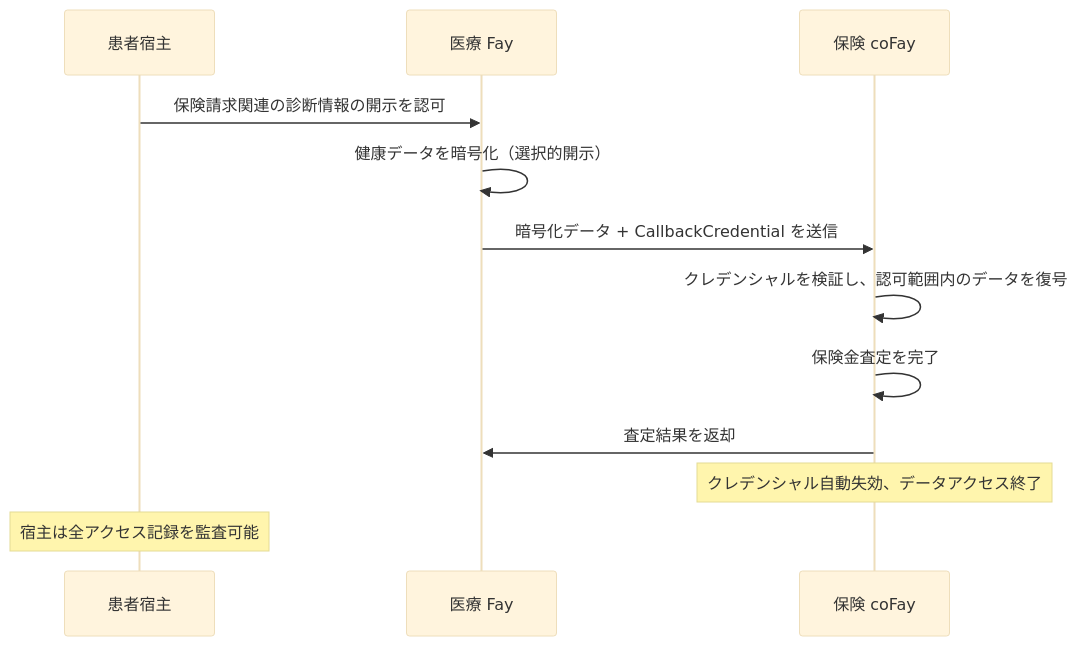
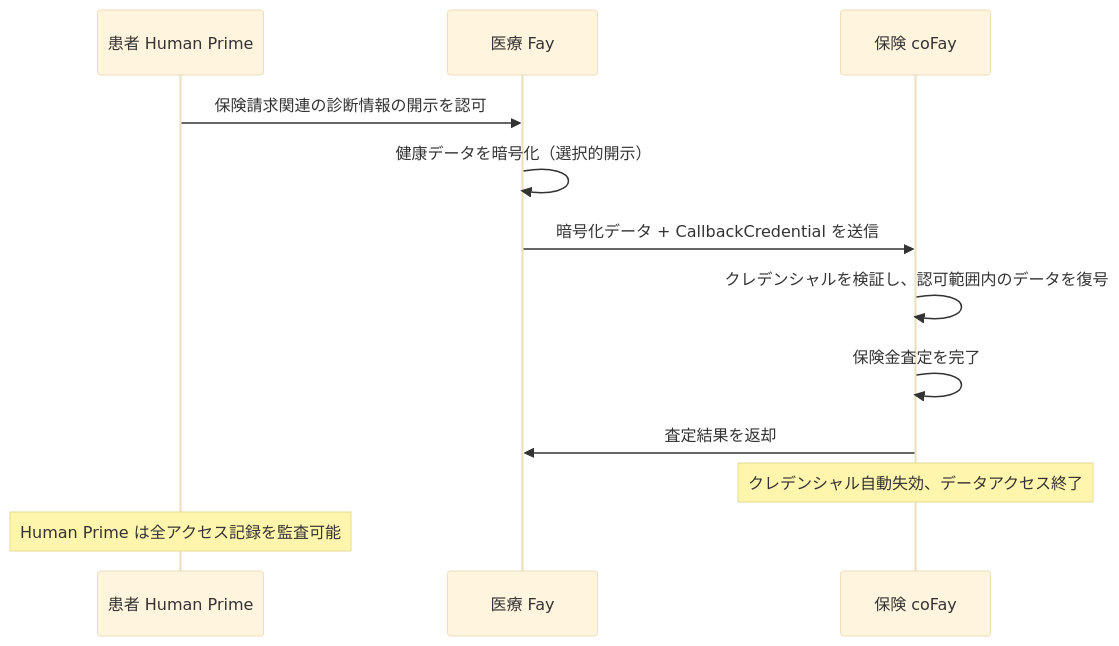
The first of 5 diagrams in docs/ja/blueprint/4-応用シナリオ.md (ChainModePilot/Telepathy-Protocol), drawn with Mermaid (base theme) before and after one commit. The commit also changed other lines of this file and 68 other files, not shown here.

First line of the commit message:
Use 'Human Prime' instead of 'Host' in blueprints

````diff
--- a/docs/ja/blueprint/4-応用シナリオ.md
+++ b/docs/ja/blueprint/4-応用シナリオ.md
@@ -19,15 +19,15 @@
 ```mermaid
 sequenceDiagram
-    participant H as 患者宿主
+    participant H as 患者 Human Prime
     participant MF as 医療 Fay
     participant IF as 保険 coFay
 
     H->>MF: 保険請求関連の診断情報の開示を認可
     MF->>MF: 健康データを暗号化（選択的開示）
     MF->>IF: 暗号化データ + CallbackCredential を送信
     IF->>IF: クレデンシャルを検証し、認可範囲内のデータを復号
     IF->>IF: 保険金査定を完了
     IF->>MF: 査定結果を返却
     Note over IF: クレデンシャル自動失効、データアクセス終了
-    Note over H: 宿主は全アクセス記録を監査可能
+    Note over H: Human Prime は全アクセス記録を監査可能
 ```
````
